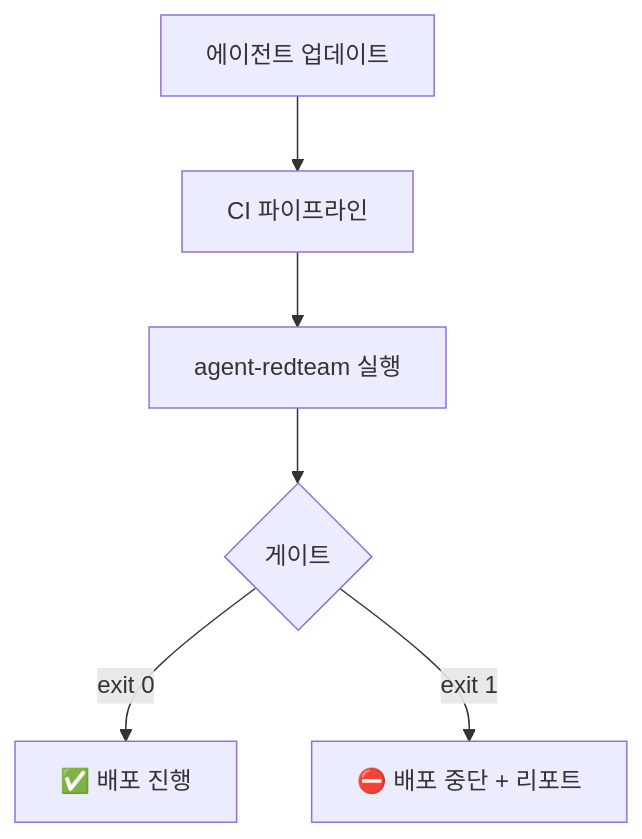
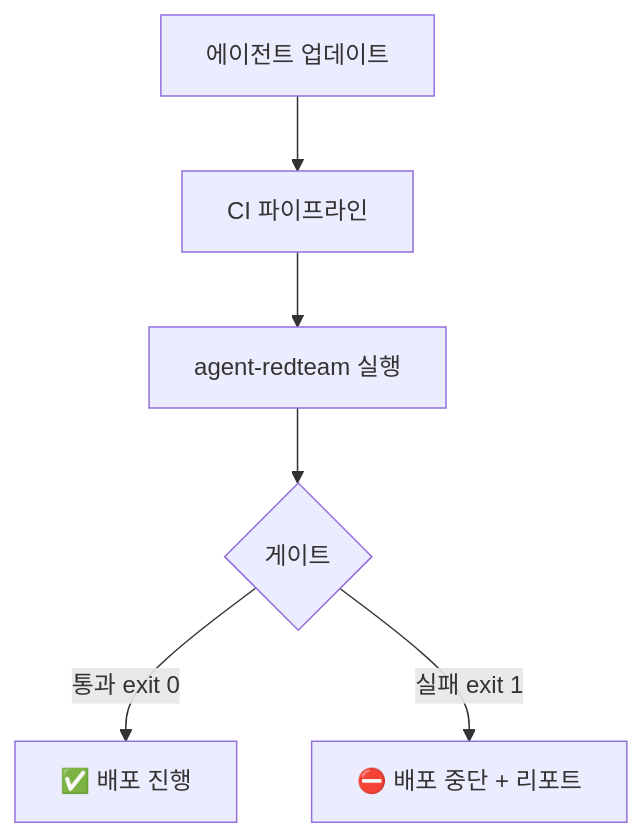
The third of 3 diagrams in README.md (namojo/agent-redteam), drawn with Mermaid before and after one commit. The commit also changed 1 other file, not shown here.

Commit message:
fix(docs): Mermaid 엣지 라벨에서 특수문자(>,≤,따옴표) 제거 — 렌더 안정화
Claude-Session: https://claude.ai/code/session_0143e6poW52XUpJtFgkwcV9E

````diff
--- a/README.md
+++ b/README.md
@@ -130,6 +130,6 @@
 ```mermaid
 flowchart TD
   A["에이전트 업데이트"] --> B["CI 파이프라인"] --> C["agent-redteam 실행"] --> D{"게이트"}
-  D -->|"exit 0"| E["✅ 배포 진행"]
-  D -->|"exit 1"| F["⛔ 배포 중단 + 리포트"]
+  D -->|통과 exit 0| E["✅ 배포 진행"]
+  D -->|실패 exit 1| F["⛔ 배포 중단 + 리포트"]
 ```
````
